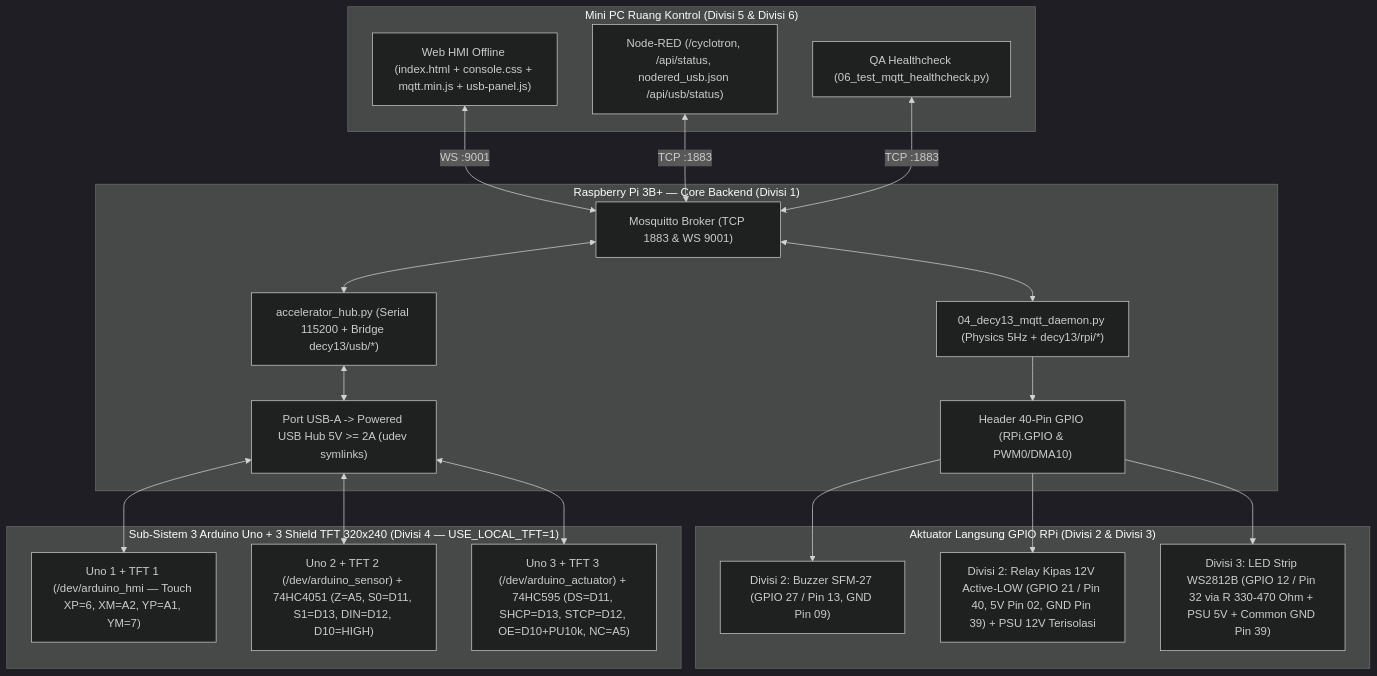
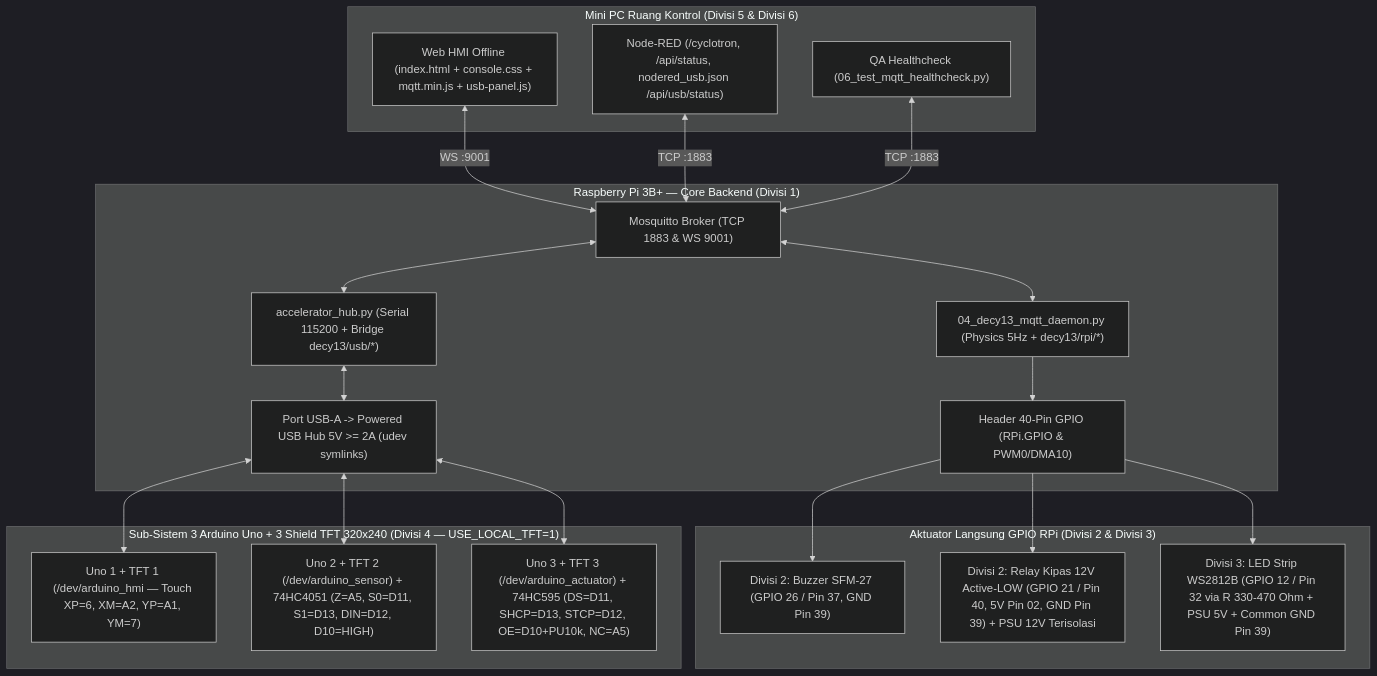
One commit to azfaaksan-hub/sp-aksel-polteknuklir changed the diagram in README.md. Above: the diagram before and after it, drawn with Mermaid (dark theme). The commit also changed other lines of this file and 8 other files, not shown here.

Commit message:
feat(buzzer): atur pola kontinyu power 5s, vakum 1s, beam 3s, E-stop 3s di GPIO 26 (pin 37)

````diff
--- a/README.md
+++ b/README.md
@@ -147,42 +147,42 @@
 ```mermaid
 flowchart TB
     subgraph MINIPC["Mini PC Ruang Kontrol (Divisi 5 & Divisi 6)"]
         HMI["Web HMI Offline (index.html + console.css + mqtt.min.js + usb-panel.js)"]
         NR["Node-RED (/cyclotron, /api/status, nodered_usb.json /api/usb/status)"]
         QA["QA Healthcheck (06_test_mqtt_healthcheck.py)"]
     end
 
     subgraph RPI["Raspberry Pi 3B+ — Core Backend (Divisi 1)"]
         MOSQ["Mosquitto Broker (TCP 1883 & WS 9001)"]
         DAEMON["04_decy13_mqtt_daemon.py (Physics 5Hz + decy13/rpi/*)"]
         USBHUB["accelerator_hub.py (Serial 115200 + Bridge decy13/usb/*)"]
         GPIO_BUS["Header 40-Pin GPIO (RPi.GPIO & PWM0/DMA10)"]
         USB_PORT["Port USB-A -> Powered USB Hub 5V >= 2A (udev symlinks)"]
     end
 
     subgraph HW_GPIO["Aktuator Langsung GPIO RPi (Divisi 2 & Divisi 3)"]
-        BUZZ["Divisi 2: Buzzer SFM-27 (GPIO 27 / Pin 13, GND Pin 09)"]
+        BUZZ["Divisi 2: Buzzer SFM-27 (GPIO 26 / Pin 37, GND Pin 39)"]
         RELAY["Divisi 2: Relay Kipas 12V Active-LOW (GPIO 21 / Pin 40, 5V Pin 02, GND Pin 39) + PSU 12V Terisolasi"]
         LED["Divisi 3: LED Strip WS2812B (GPIO 12 / Pin 32 via R 330-470 Ohm + PSU 5V + Common GND Pin 39)"]
     end
 
     subgraph HW_UNO["Sub-Sistem 3 Arduino Uno + 3 Shield TFT 320x240 (Divisi 4 — USE_LOCAL_TFT=1)"]
         UNO1["Uno 1 + TFT 1 (/dev/arduino_hmi — Touch XP=6, XM=A2, YP=A1, YM=7)"]
         UNO2["Uno 2 + TFT 2 (/dev/arduino_sensor) + 74HC4051 (Z=A5, S0=D11, S1=D13, DIN=D12, D10=HIGH)"]
         UNO3["Uno 3 + TFT 3 (/dev/arduino_actuator) + 74HC595 (DS=D11, SHCP=D13, STCP=D12, OE=D10+PU10k, NC=A5)"]
     end
 
     HMI <-->|"WS :9001"| MOSQ
     NR <-->|"TCP :1883"| MOSQ
     QA <-->|"TCP :1883"| MOSQ
     MOSQ <--> DAEMON
     MOSQ <--> USBHUB
     DAEMON --> GPIO_BUS
     GPIO_BUS --> BUZZ
     GPIO_BUS --> RELAY
     GPIO_BUS --> LED
     USBHUB <--> USB_PORT
     USB_PORT <--> UNO1
     USB_PORT <--> UNO2
     USB_PORT <--> UNO3
 ```
````
